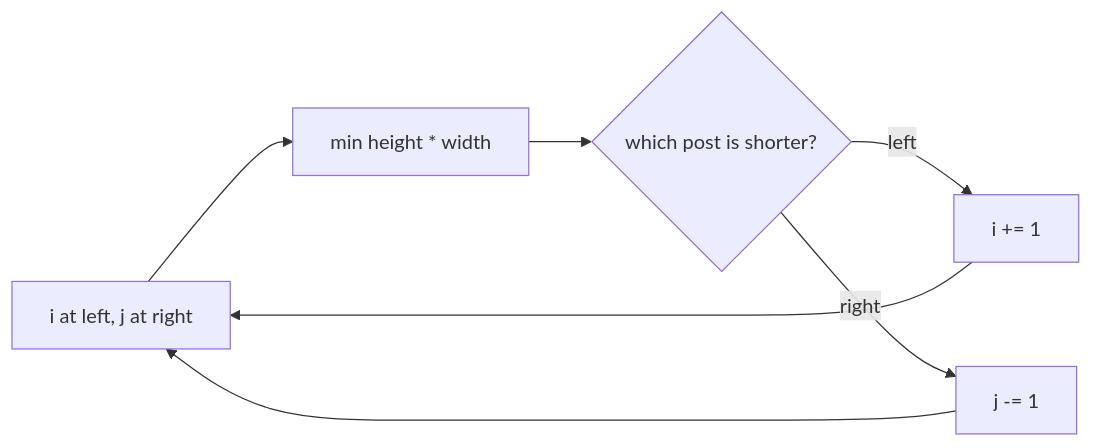
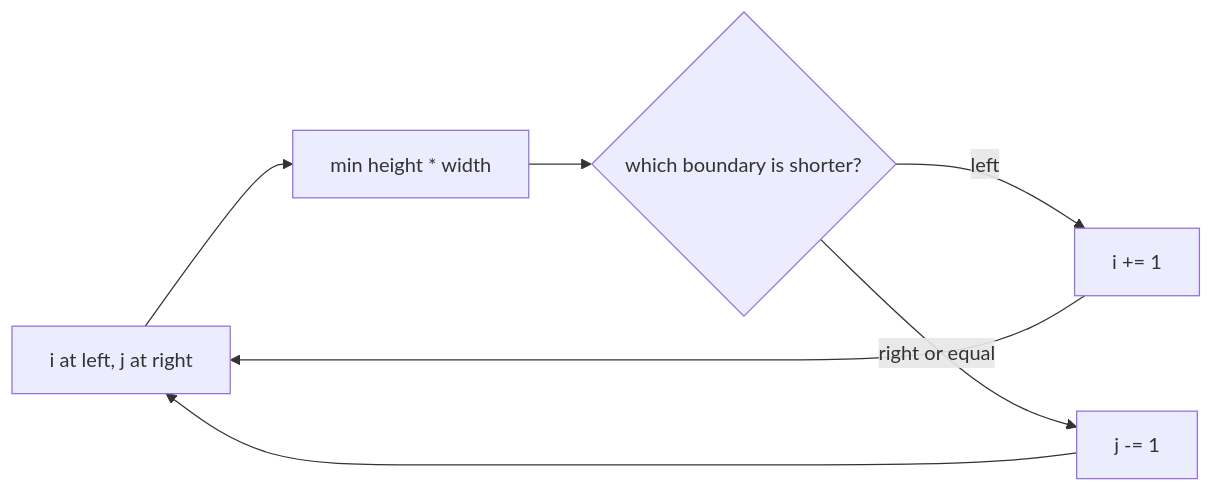
The diagram in lessons/algorithms/problems/tarp-span/viz/span.md (jdodsoncollins/study-material), drawn with Mermaid before and after one commit. The commit also changed 175 other files, not shown here.

````diff
--- a/lessons/algorithms/problems/tarp-span/viz/span.md
+++ b/lessons/algorithms/problems/tarp-span/viz/span.md
@@ -3,9 +3,9 @@
 ```mermaid
 flowchart LR
   ends[i at left, j at right] --> area[min height * width]
-  area --> short{which post is shorter?}
+  area --> short{which boundary is shorter?}
   short -->|left| iIn[i += 1]
-  short -->|right| jIn[j -= 1]
+  short -->|right or equal| jIn[j -= 1]
   iIn --> ends
   jIn --> ends
 ```
````
